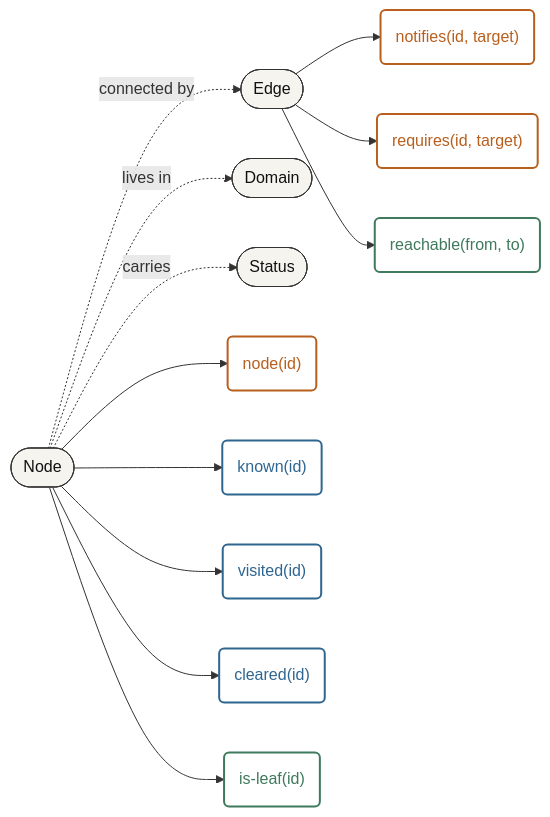
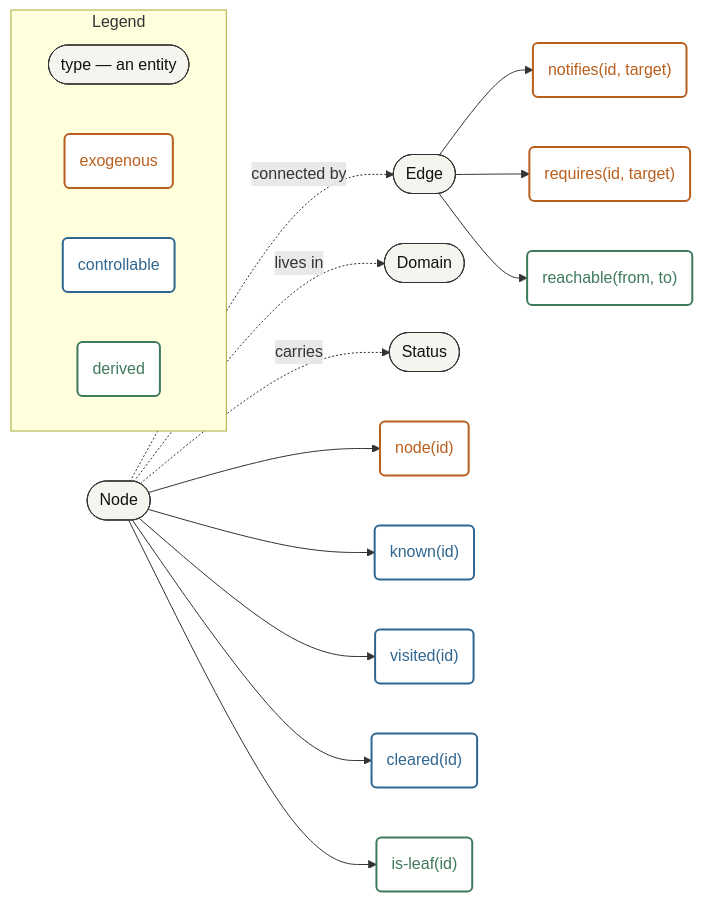
The fourth of 4 diagrams in documentation/agent-design-process/blog.md (thompsonson/intelligent_agents), drawn with Mermaid before and after one commit. The commit also changed other lines of this file, not shown here.

Commit message:
docs(agent-design): add legends to infra example diagrams (IA 13)
- Legend subgraph for the world-ontology graph colour classes
- goal swatch for the instance topology

````diff
--- a/documentation/agent-design-process/blog.md
+++ b/documentation/agent-design-process/blog.md
@@ -165,34 +167,42 @@
 ```mermaid
 graph LR
     classDef type fill:#f5f4ef,stroke:#333,stroke-width:1px,color:#111
     classDef exo stroke:#b85f1e,color:#b85f1e,fill:#fff,stroke-width:2px
     classDef ctrl stroke:#2f6690,color:#2f6690,fill:#fff,stroke-width:2px
     classDef der stroke:#3f7a5c,color:#3f7a5c,fill:#fff,stroke-width:2px
 
     Node(["Node"]):::type
     Edge(["Edge"]):::type
     Domain(["Domain"]):::type
     Status(["Status"]):::type
 
     NodePred("node(id)"):::exo
     Notifies("notifies(id, target)"):::exo
     Requires("requires(id, target)"):::exo
     Known("known(id)"):::ctrl
     Visited("visited(id)"):::ctrl
     Cleared("cleared(id)"):::ctrl
     Reachable("reachable(from, to)"):::der
     Leaf("is-leaf(id)"):::der
 
     Node --> NodePred
     Edge --> Notifies
     Edge --> Requires
     Node --> Known
     Node --> Visited
     Node --> Cleared
     Edge --> Reachable
     Node --> Leaf
 
     Node -.connected by.-> Edge
     Node -.lives in.-> Domain
     Node -.carries.-> Status
+
+    subgraph LEGEND["Legend"]
+        direction LR
+        LT(["type — an entity"]):::type
+        LE("exogenous"):::exo
+        LC("controllable"):::ctrl
+        LD("derived"):::der
+    end
 ```
````
